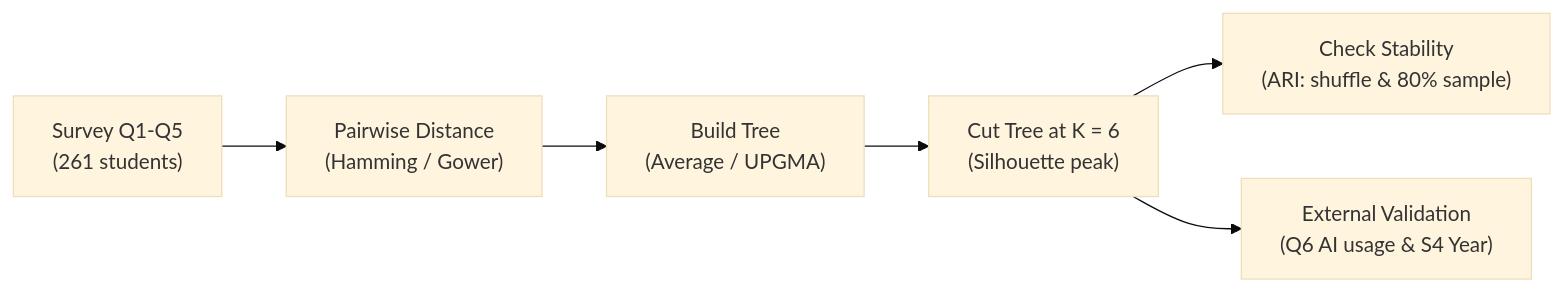
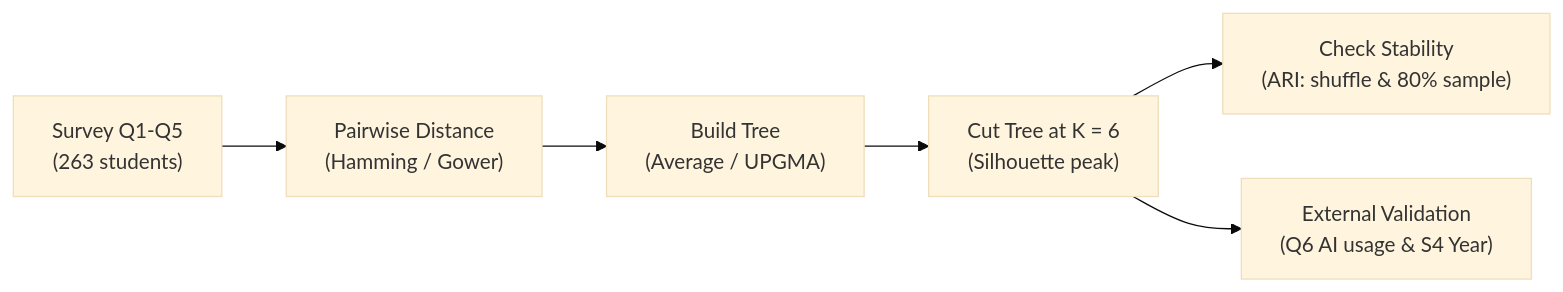
Before and after one commit to youngazier/Elective-1---Data-Analysis-in-High-Dimensions: the diagram in STATS_EXPLAINED.md, drawn with Mermaid (base theme). The commit also changed other lines of this file and 52 other files, not shown here.

Commit message:
update diagrams

````diff
--- a/STATS_EXPLAINED.md
+++ b/STATS_EXPLAINED.md
@@ -13,8 +13,8 @@
 ```mermaid
 flowchart LR
-    A["Survey Q1-Q5\n(261 students)"] --> B["Pairwise Distance\n(Hamming / Gower)"]
+    A["Survey Q1-Q5\n(263 students)"] --> B["Pairwise Distance\n(Hamming / Gower)"]
     B --> C["Build Tree\n(Average / UPGMA)"]
     C --> D["Cut Tree at K = 6\n(Silhouette peak)"]
     D --> E["Check Stability\n(ARI: shuffle & 80% sample)"]
     D --> F["External Validation\n(Q6 AI usage & S4 Year)"]
 ```
````
